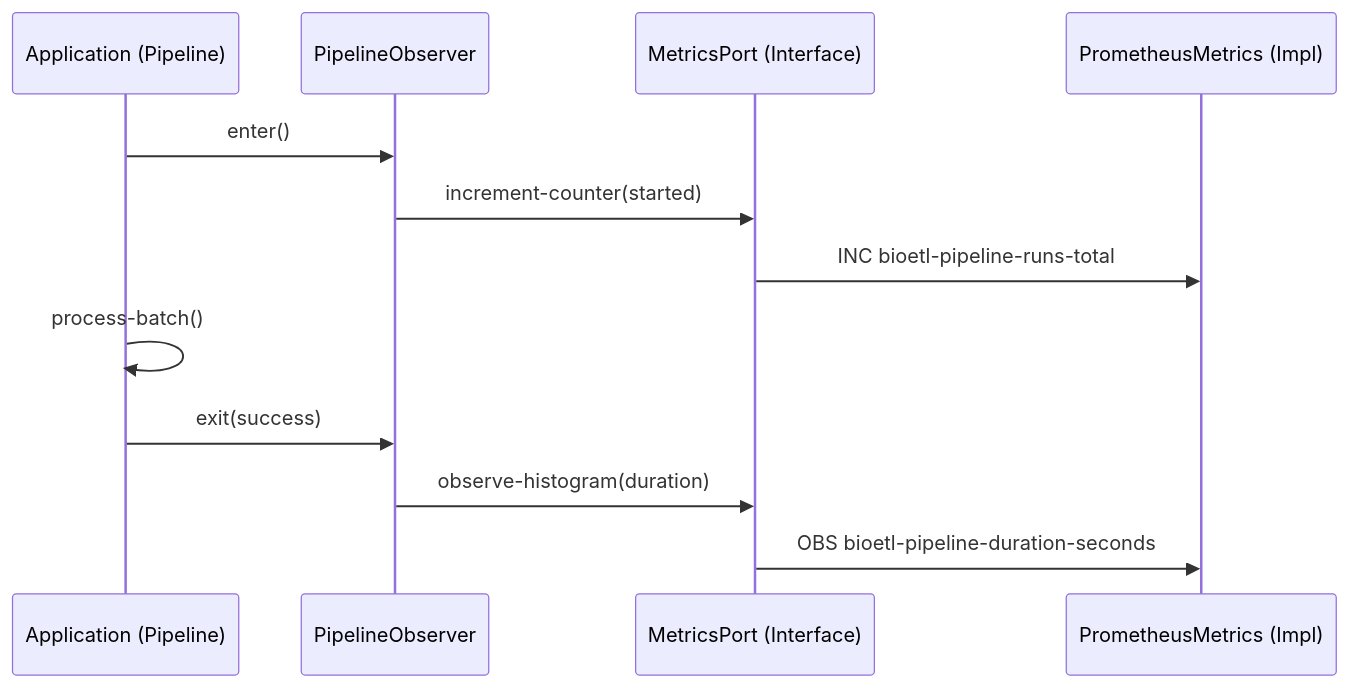
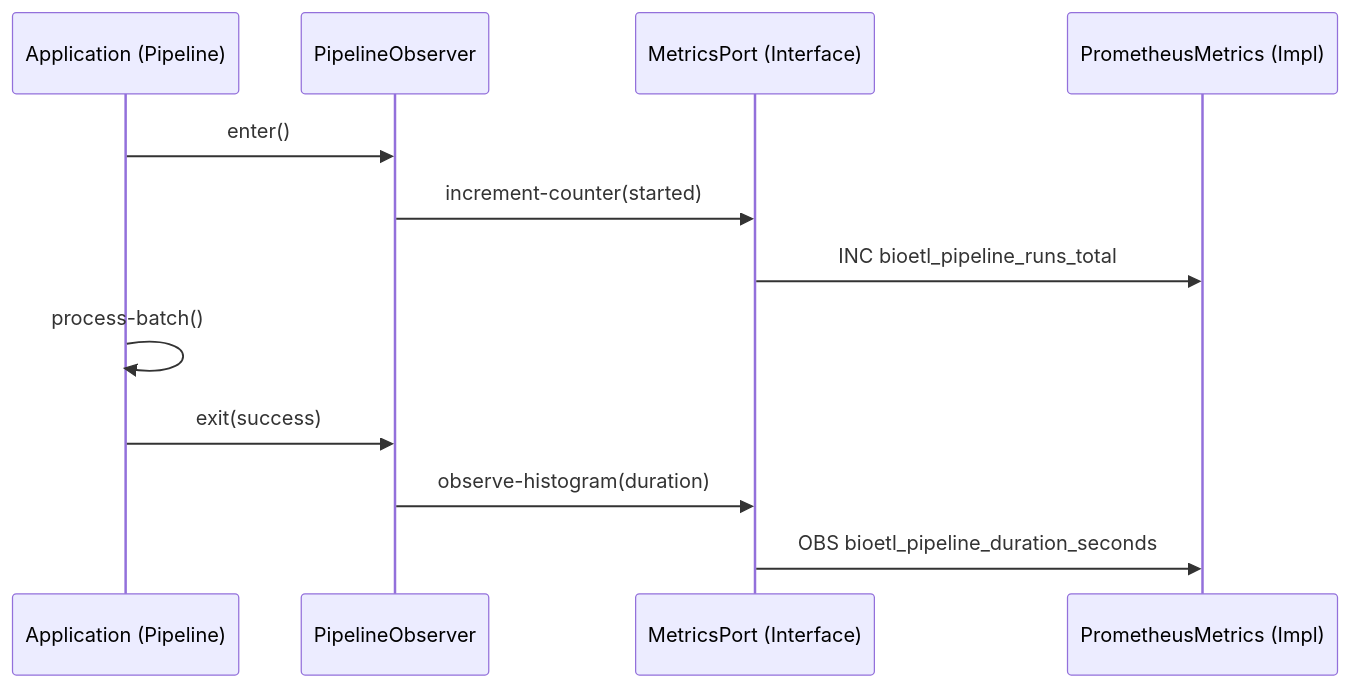
Before and after one commit to SatoryKono/BioactivityDataAcquisition: the diagram in docs/02-architecture/observability-layers.md, drawn with Mermaid. The commit also changed other lines of this file and 28 other files, not shown here.

````diff
--- a/docs/02-architecture/observability-layers.md
+++ b/docs/02-architecture/observability-layers.md
@@ -27,17 +27,17 @@
 ```mermaid
 sequenceDiagram
     participant App as Application (Pipeline)
     participant Obs as PipelineObserver
     participant Port as MetricsPort (Interface)
     participant Infra as PrometheusMetrics (Impl)
 
     App->>Obs: enter()
     Obs->>Port: increment-counter(started)
-    Port->>Infra: INC bioetl-pipeline-runs-total
+    Port->>Infra: INC bioetl_pipeline_runs_total
 
     App->>App: process-batch()
 
     App->>Obs: exit(success)
     Obs->>Port: observe-histogram(duration)
-    Port->>Infra: OBS bioetl-pipeline-duration-seconds
+    Port->>Infra: OBS bioetl_pipeline_duration_seconds
 ```
````
